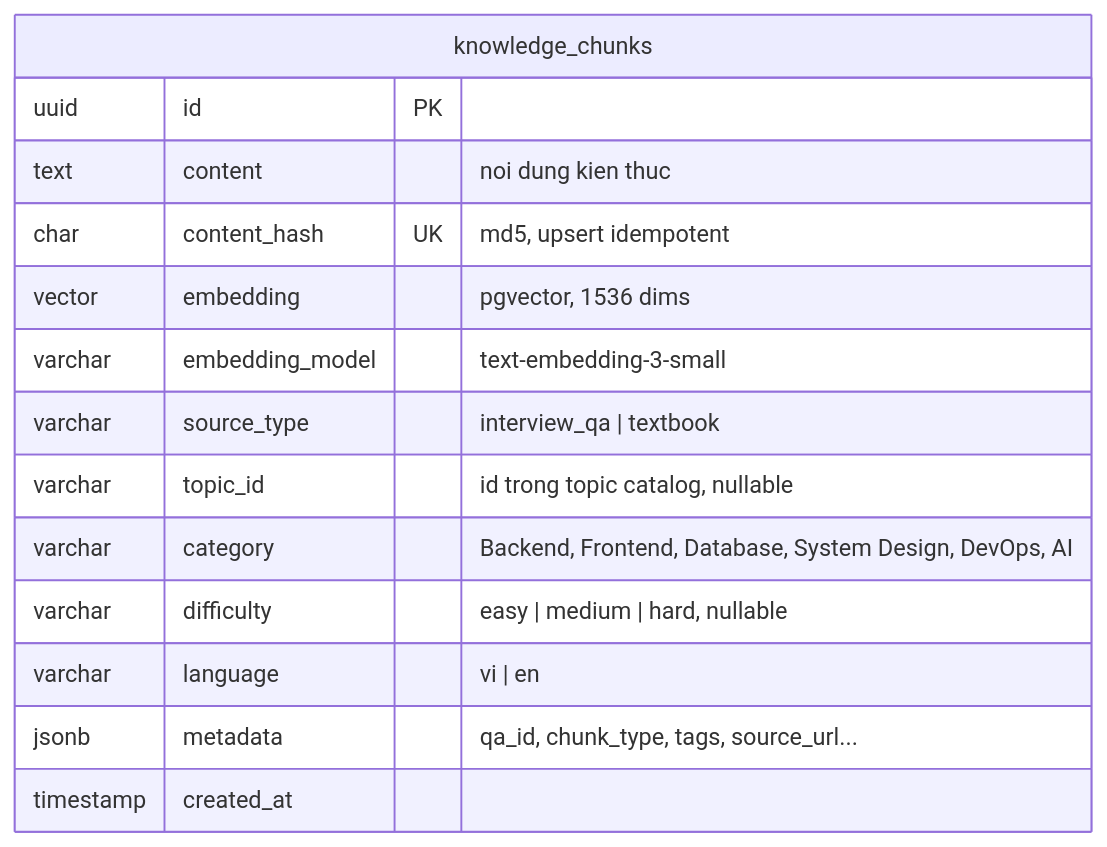
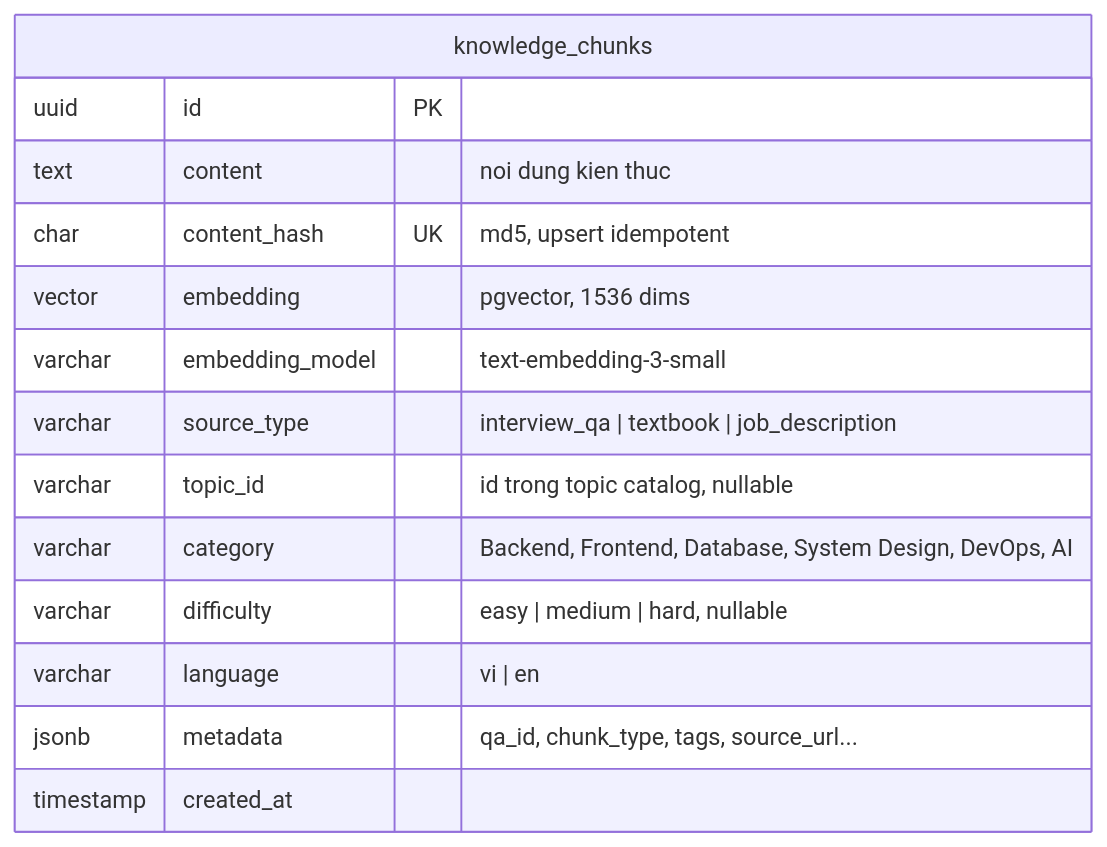
One commit to minhtuann1102/ai-recruitment-platform changed the fifth of 5 diagrams in docs/architecture/data-model.md. Above: the diagram before and after it, drawn with Mermaid. The commit also changed other lines of this file and 17 other files, not shown here.

````diff
--- a/docs/architecture/data-model.md
+++ b/docs/architecture/data-model.md
@@ -265,17 +265,17 @@
 ```mermaid
 erDiagram
     knowledge_chunks {
         uuid id PK
         text content "noi dung kien thuc"
         char content_hash UK "md5, upsert idempotent"
         vector embedding "pgvector, 1536 dims"
         varchar embedding_model "text-embedding-3-small"
-        varchar source_type "interview_qa | textbook"
+        varchar source_type "interview_qa | textbook | job_description"
         varchar topic_id "id trong topic catalog, nullable"
         varchar category "Backend, Frontend, Database, System Design, DevOps, AI"
         varchar difficulty "easy | medium | hard, nullable"
         varchar language "vi | en"
         jsonb metadata "qa_id, chunk_type, tags, source_url..."
         timestamp created_at
     }
 ```
````
